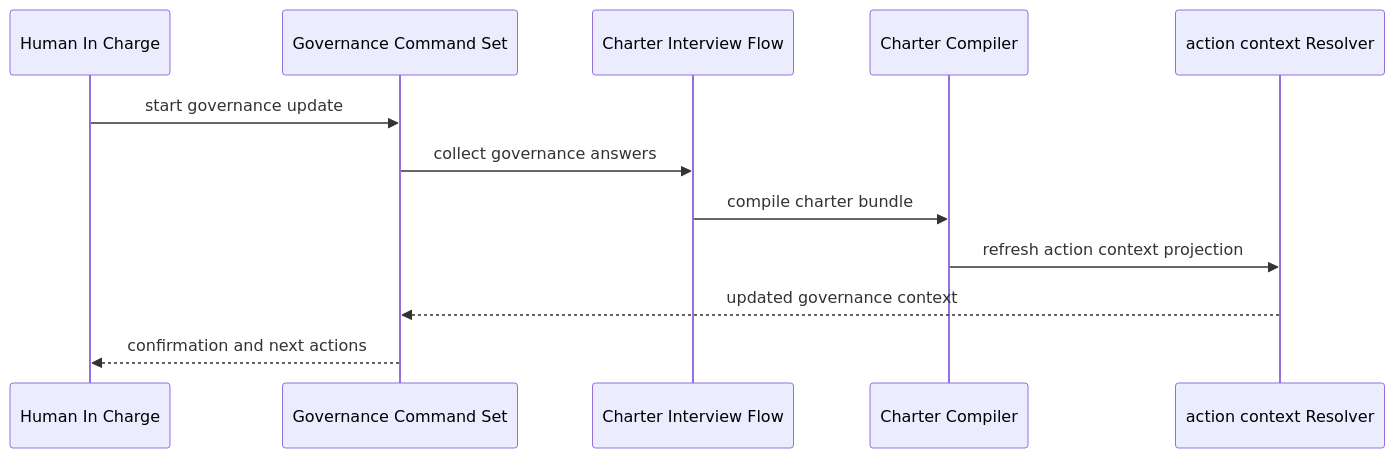
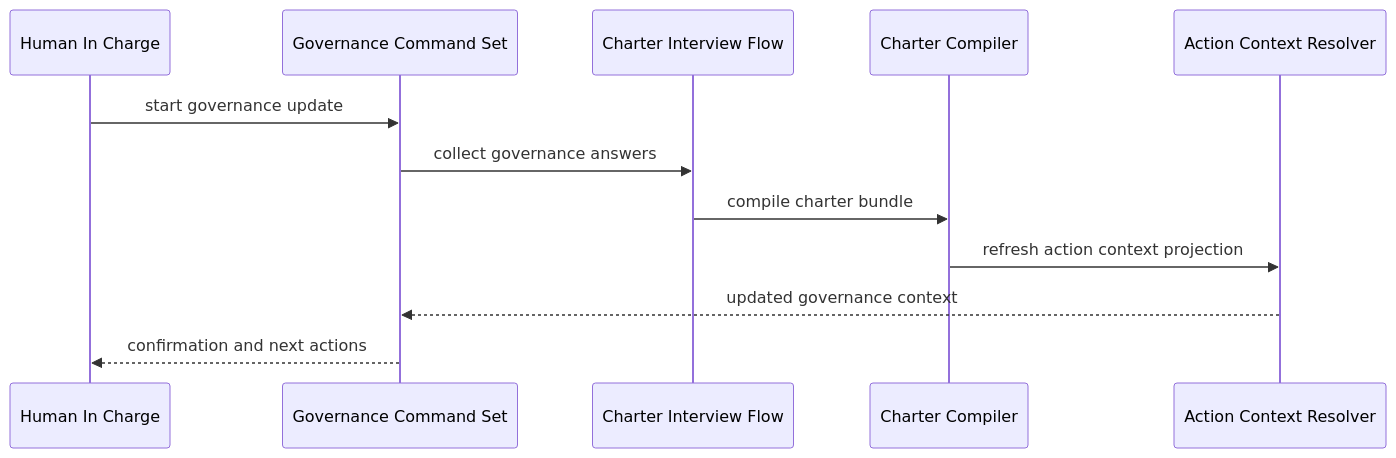
One commit to Priivacy-ai/spec-kitty changed the fifth of 6 diagrams in docs/architecture/03_components/README.md. Above: the diagram before and after it, drawn with Mermaid. The commit also changed other lines of this file and 24 other files, not shown here.

````diff
--- a/docs/architecture/03_components/README.md
+++ b/docs/architecture/03_components/README.md
@@ -220,15 +220,15 @@
 ```mermaid
 sequenceDiagram
     participant Human as Human In Charge
     participant GovCmd as Governance Command Set
     participant Interview as Charter Interview Flow
     participant Compile as Charter Compiler
-    participant Resolver as action context Resolver
+    participant Resolver as Action Context Resolver
 
     Human->>GovCmd: start governance update
     GovCmd->>Interview: collect governance answers
     Interview->>Compile: compile charter bundle
     Compile->>Resolver: refresh action context projection
     Resolver-->>GovCmd: updated governance context
     GovCmd-->>Human: confirmation and next actions
 ```
````
